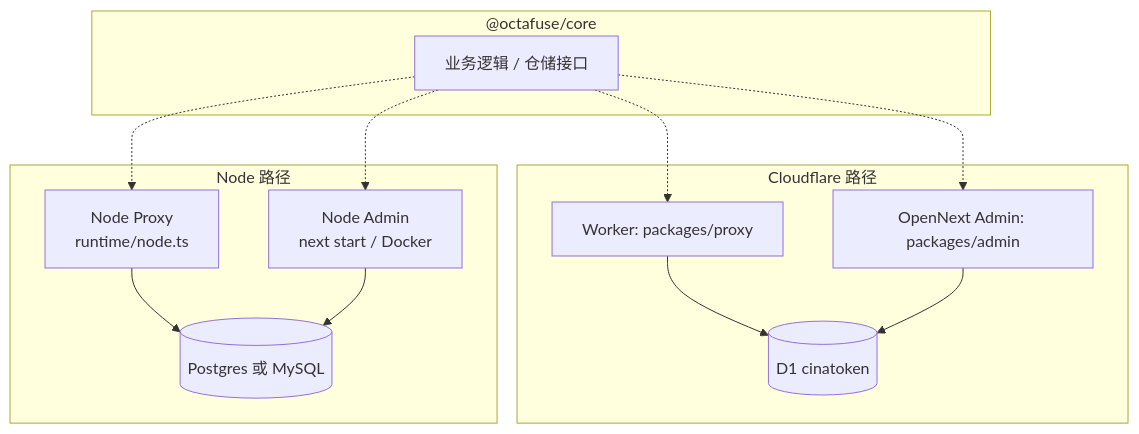
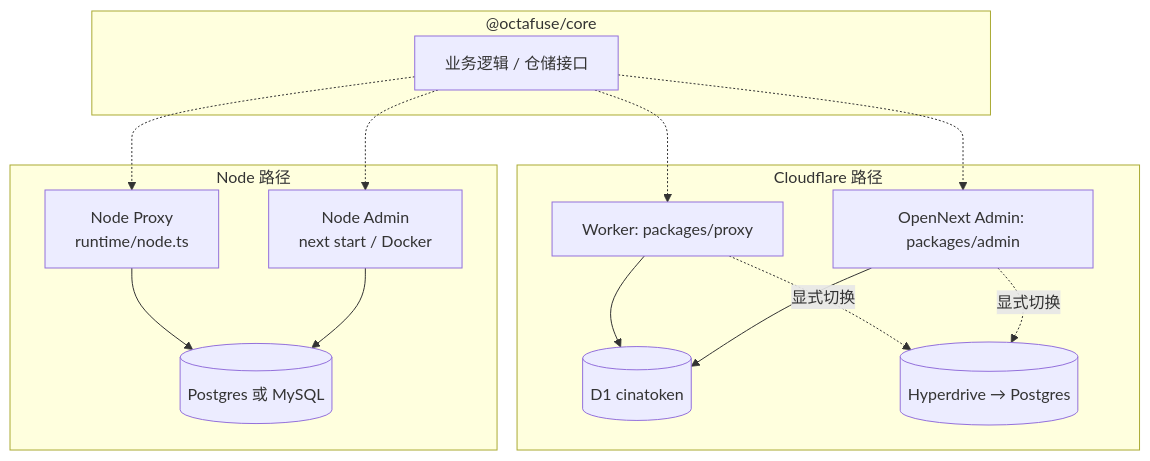
Before and after one commit to cinagroup/cinatoken: the first of 2 diagrams in docs/developers/architecture/runtime-data.md, drawn with Mermaid. The commit also changed other lines of this file and 99 other files, not shown here.

````diff
--- a/docs/developers/architecture/runtime-data.md
+++ b/docs/developers/architecture/runtime-data.md
@@ -44,27 +46,30 @@
 ```mermaid
 flowchart TB
   subgraph core ["@octafuse/core"]
     logic["业务逻辑 / 仓储接口"]
   end
 
   subgraph cf ["Cloudflare 路径"]
     W["Worker: packages/proxy"]
     P["OpenNext Admin: packages/admin"]
     D1[(D1 cinatoken)]
+    PG[(Hyperdrive → Postgres)]
     W --> D1
     P --> D1
+    W -. 显式切换 .-> PG
+    P -. 显式切换 .-> PG
   end
 
   subgraph node ["Node 路径"]
     NP["Node Proxy\nruntime/node.ts"]
     NA["Node Admin\nnext start / Docker"]
     SQL[("Postgres 或 MySQL")]
     NP --> SQL
     NA --> SQL
   end
 
   logic -.-> W
   logic -.-> P
   logic -.-> NP
   logic -.-> NA
 ```
````
